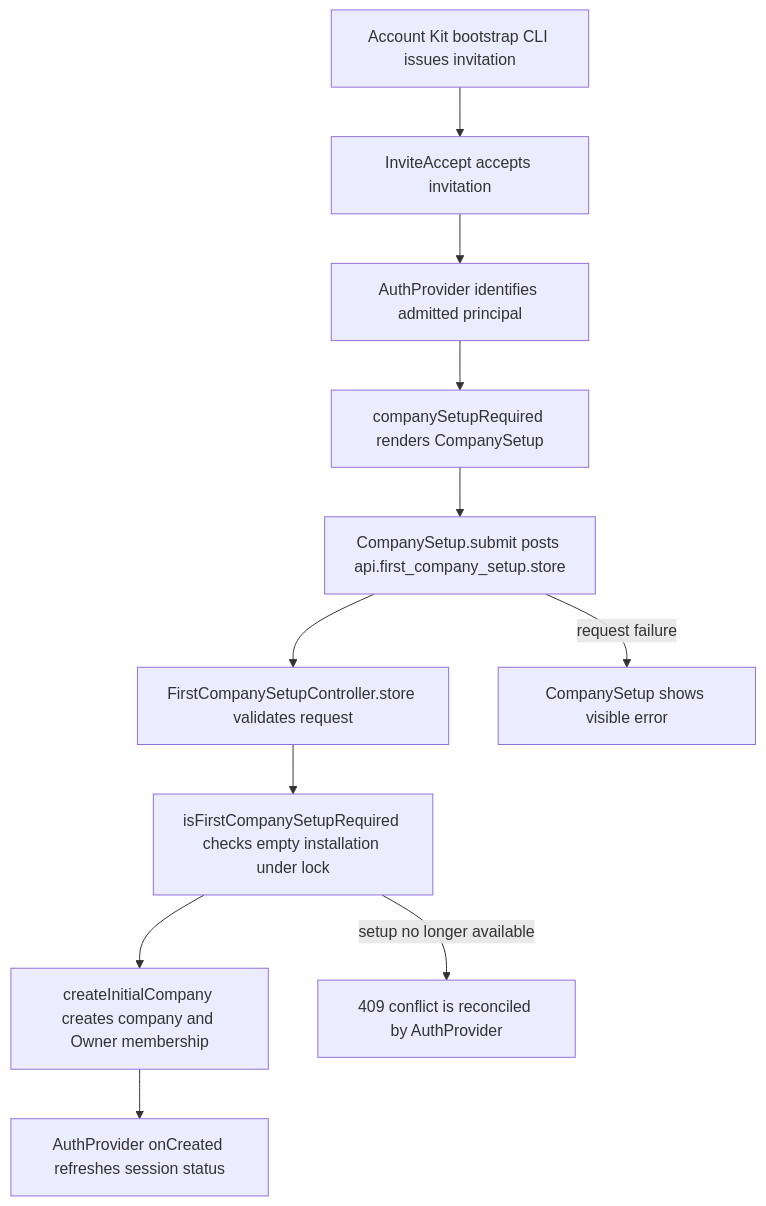
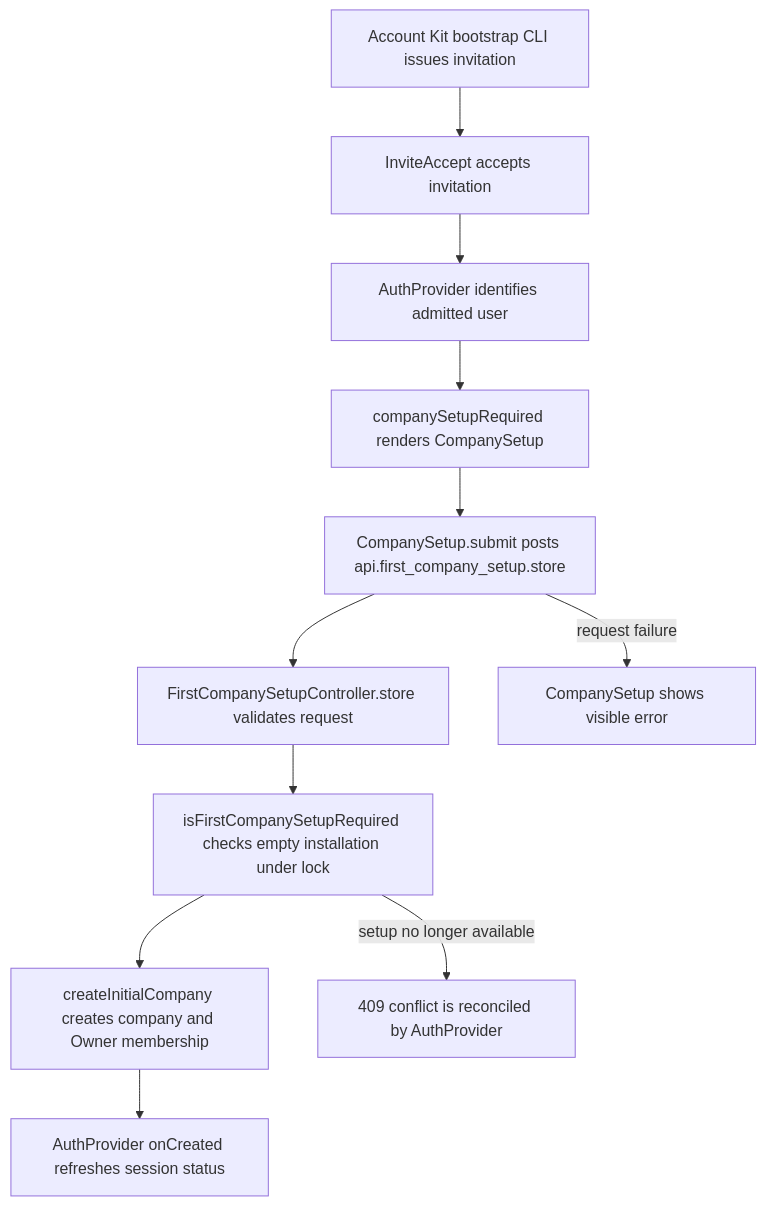
Before and after one commit to Kevinjohn/capacitylens: the second of 2 diagrams in user-stories/navigation/US-NAV-14-company-picker-onboarding.md, drawn with Mermaid. The commit also changed 3 other files, not shown here.

First line of the commit message:
Principal prose: say user or actor

````diff
--- a/user-stories/navigation/US-NAV-14-company-picker-onboarding.md
+++ b/user-stories/navigation/US-NAV-14-company-picker-onboarding.md
@@ -39,13 +39,13 @@
 ```mermaid
 flowchart TD
   command["Account Kit bootstrap CLI issues invitation"] --> invite["InviteAccept accepts invitation"]
-  invite --> auth["AuthProvider identifies admitted principal"]
+  invite --> auth["AuthProvider identifies admitted user"]
   auth --> setup["companySetupRequired renders CompanySetup"]
   setup --> submit["CompanySetup.submit posts api.first_company_setup.store"]
   submit --> route["FirstCompanySetupController.store validates request"]
   route --> guard["isFirstCompanySetupRequired checks empty installation under lock"]
   guard --> create["createInitialCompany creates company and Owner membership"]
   create --> refresh["AuthProvider onCreated refreshes session status"]
   submit -->|request failure| error["CompanySetup shows visible error"]
   guard -->|setup no longer available| conflict["409 conflict is reconciled by AuthProvider"]
 ```
````
